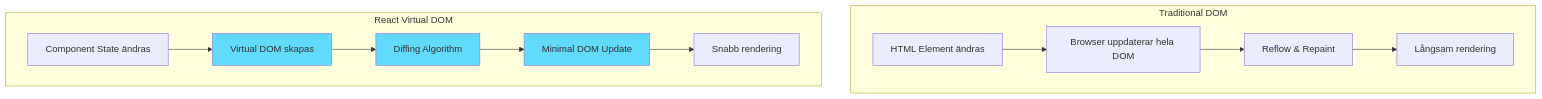
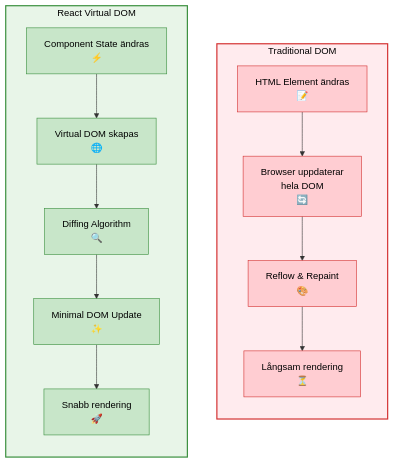
One commit to Glimakra-Webbutvecklare/kursbok changed the first of 2 diagrams in src/kapitel_8/react-intro.md. Above: the diagram before and after it, drawn with Mermaid. The commit also changed other lines of this file and 1 other file, not shown here.

First line of the commit message:
Förbättra React-dokumentation och visuella element

````diff
--- a/src/kapitel_8/react-intro.md
+++ b/src/kapitel_8/react-intro.md
@@ -20,19 +20,29 @@
 ```mermaid
 graph TB
-    subgraph "Traditional DOM"
-        A[HTML Element ändras] --> B[Browser uppdaterar hela DOM]
-        B --> C[Reflow & Repaint]
-        C --> D[Långsam rendering]
+    subgraph traditional ["Traditional DOM"]
+        direction TB
+        A["HTML Element ändras<br/>📝"] --> B["Browser uppdaterar<br/>hela DOM<br/>🔄"]
+        B --> C["Reflow & Repaint<br/>🎨"]
+        C --> D["Långsam rendering<br/>⏳"]
     end
     
-    subgraph "React Virtual DOM"
-        E[Component State ändras] --> F[Virtual DOM skapas]
-        F --> G[Diffing Algorithm]
-        G --> H[Minimal DOM Update]
-        H --> I[Snabb rendering]
+    subgraph virtual ["React Virtual DOM"]
+        direction TB
+        E["Component State ändras<br/>⚡"] --> F["Virtual DOM skapas<br/>🌐"]
+        F --> G["Diffing Algorithm<br/>🔍"]
+        G --> H["Minimal DOM Update<br/>✨"]
+        H --> I["Snabb rendering<br/>🚀"]
     end
-
-    style F fill:#61dafb
-    style G fill:#61dafb
-    style H fill:#61dafb
+    
+    style traditional fill:#ffebee,stroke:#d32f2f,stroke-width:2px,color:#000
+    style virtual fill:#e8f5e8,stroke:#388e3c,stroke-width:2px,color:#000
+    style A fill:#ffcdd2,stroke:#d32f2f,color:#000
+    style B fill:#ffcdd2,stroke:#d32f2f,color:#000
+    style C fill:#ffcdd2,stroke:#d32f2f,color:#000
+    style D fill:#ffcdd2,stroke:#d32f2f,color:#000
+    style E fill:#c8e6c9,stroke:#388e3c,color:#000
+    style F fill:#c8e6c9,stroke:#388e3c,color:#000
+    style G fill:#c8e6c9,stroke:#388e3c,color:#000
+    style H fill:#c8e6c9,stroke:#388e3c,color:#000
+    style I fill:#c8e6c9,stroke:#388e3c,color:#000
 ```
````
